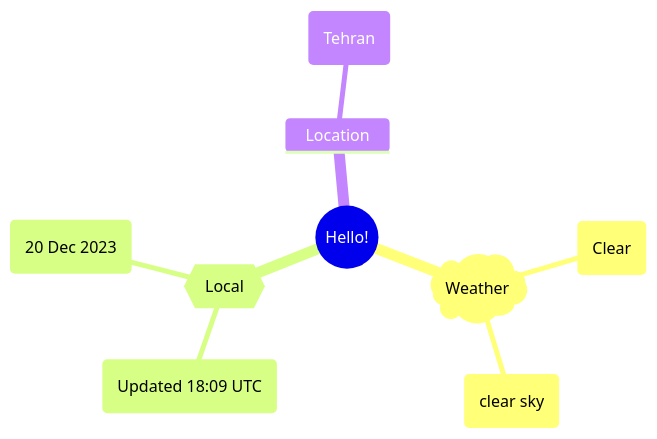
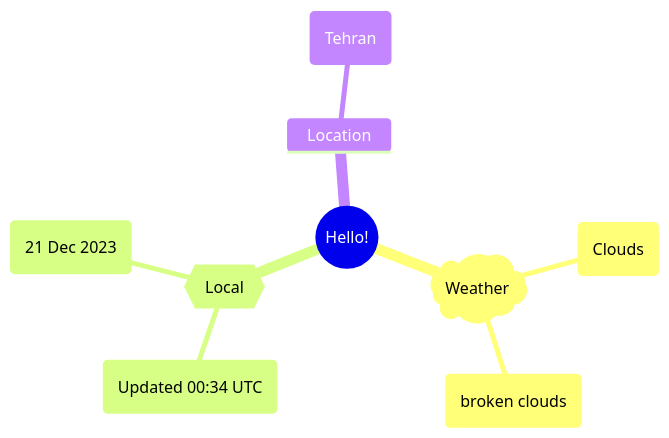
The first of 2 diagrams in README.md (Xosrov/Xosrov), drawn with Mermaid before and after one commit.

Commit message:
[bot] updated images

````diff
--- a/README.md
+++ b/README.md
@@ -3,12 +3,12 @@
 ```mermaid
 mindmap
   root((Hello!))
     )Weather(
-        (Clear)
-        (clear sky)
+        (Clouds)
+        (broken clouds)
     {{Local}}
-        (Updated 18:09 UTC)
-        (20 Dec 2023)
+        (Updated 00:34 UTC)
+        (21 Dec 2023)
     Location
         (Tehran)
 ```
````
